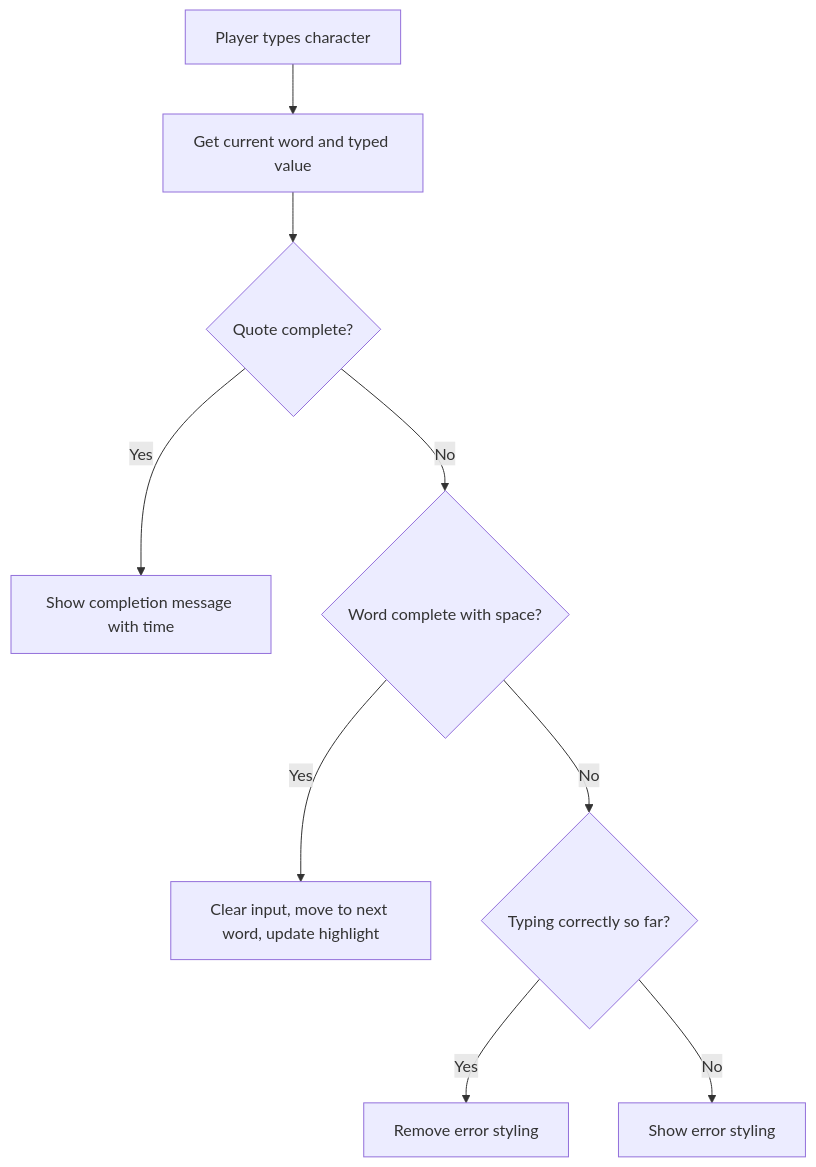
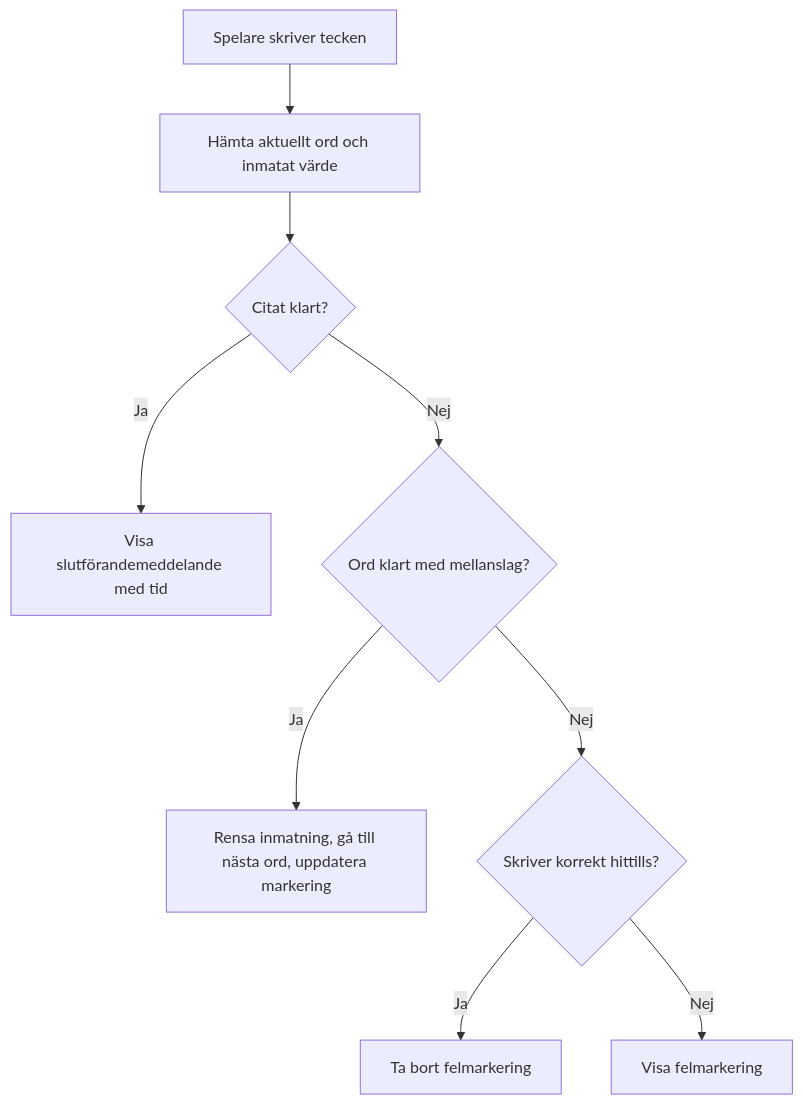
One commit to microsoft/Web-Dev-For-Beginners changed the second of 3 diagrams in translations/sv/4-typing-game/typing-game/README.md. Above: the diagram before and after it, drawn with Mermaid. The commit also changed other lines of this file and 99 other files, not shown here.

````diff
--- a/translations/sv/4-typing-game/typing-game/README.md
+++ b/translations/sv/4-typing-game/typing-game/README.md
@@ -444,11 +442,11 @@
 ```mermaid
 flowchart TD
-    A[Player types character] --> B[Get current word and typed value]
-    B --> C{Quote complete?}
-    C -->|Yes| D[Show completion message with time]
-    C -->|No| E{Word complete with space?}
-    E -->|Yes| F[Clear input, move to next word, update highlight]
-    E -->|No| G{Typing correctly so far?}
-    G -->|Yes| H[Remove error styling]
-    G -->|No| I[Show error styling]
+    A[Spelare skriver tecken] --> B[Hämta aktuellt ord och inmatat värde]
+    B --> C{Citat klart?}
+    C -->|Ja| D[Visa slutförandemeddelande med tid]
+    C -->|Nej| E{Ord klart med mellanslag?}
+    E -->|Ja| F[Rensa inmatning, gå till nästa ord, uppdatera markering]
+    E -->|Nej| G{Skriver korrekt hittills?}
+    G -->|Ja| H[Ta bort felmarkering]
+    G -->|Nej| I[Visa felmarkering]
 ```
````
